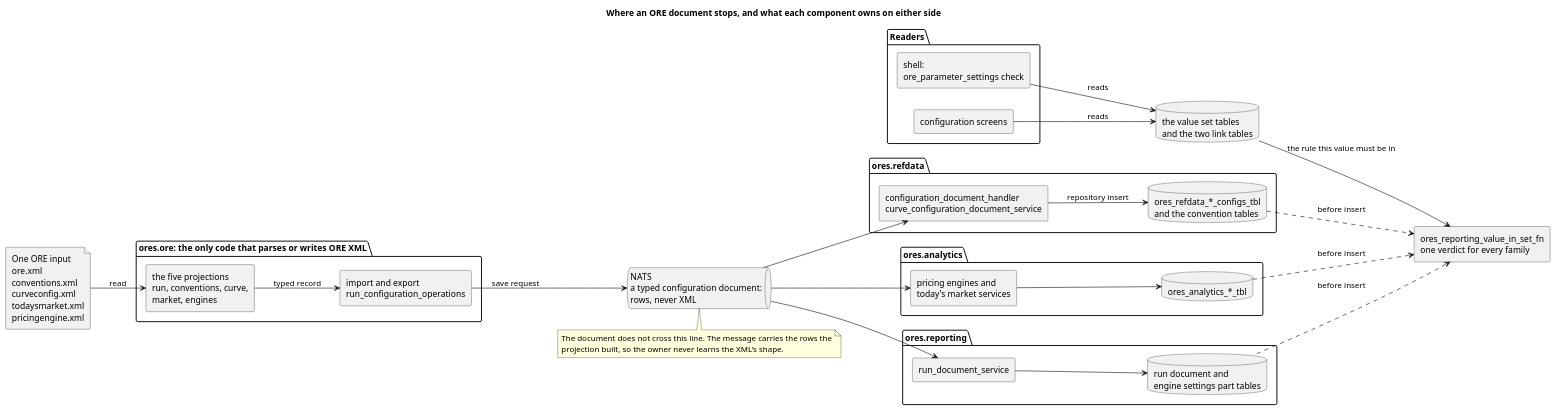
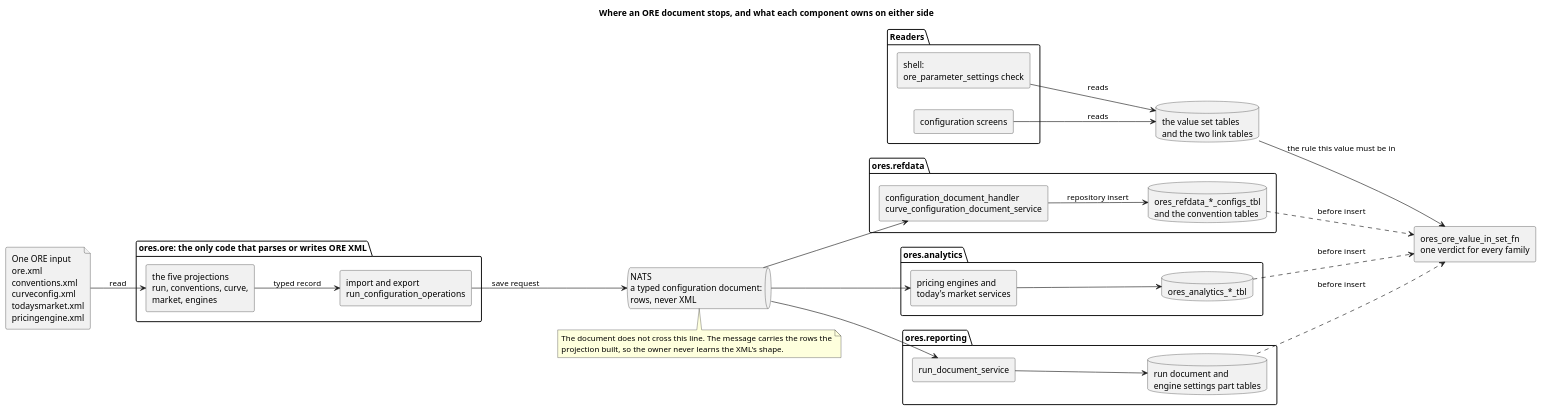
One commit to OreStudio/OreStudio changed the diagram in doc/knowledge/architecture/the_ore_xml_infrastructure.puml. Above: the diagram before and after it, drawn with PlantUML. The commit also changed 715 other files, not shown here.

```diff
--- a/doc/knowledge/architecture/the_ore_xml_infrastructure.puml
+++ b/doc/knowledge/architecture/the_ore_xml_infrastructure.puml
@@ -18,61 +18,61 @@
 @startuml
 
 title Where an ORE document stops, and what each component owns on either side
 
 skinparam componentStyle rectangle
 left to right direction
 
 file "One ORE input\nore.xml\nconventions.xml\ncurveconfig.xml\ntodaysmarket.xml\npricingengine.xml" as input
 
 package "ores.ore: the only code that parses or writes ORE XML" {
     component "the five projections\nrun, conventions, curve,\nmarket, engines" as proj
     component "import and export\nrun_configuration_operations" as ops
 }
 
 queue "NATS\na typed configuration document:\nrows, never XML" as bus
 
 package "ores.refdata" {
     component "configuration_document_handler\ncurve_configuration_document_service" as rsvc
     database "ores_refdata_*_configs_tbl\nand the convention tables" as rdb
 }
 
 package "ores.analytics" {
     component "pricing engines and\ntoday's market services" as asvc
     database "ores_analytics_*_tbl" as adb
 }
 
 package "ores.reporting" {
     component "run_document_service" as psvc
     database "run document and\nengine settings part tables" as pdb
 }
 
-component "ores_reporting_value_in_set_fn\none verdict for every family" as verdict
+component "ores_ore_value_in_set_fn\none verdict for every family" as verdict
 database "the value set tables\nand the two link tables" as sets
 
 package "Readers" {
     component "shell:\nore_parameter_settings check" as shell
     component "configuration screens" as ui
 }
 
 input --> proj : read
 proj --> ops : typed record
 ops --> bus : save request
 bus --> rsvc
 bus --> asvc
 bus --> psvc
 rsvc --> rdb : repository insert
 asvc --> adb
 psvc --> pdb
 rdb ..> verdict : before insert
 adb ..> verdict : before insert
 pdb ..> verdict : before insert
 sets --> verdict : the rule this value must be in
 shell --> sets : reads
 ui --> sets : reads
 
 note bottom of bus
   The document does not cross this line. The message carries the rows the
   projection built, so the owner never learns the XML's shape.
 end note
 
 @enduml
```
